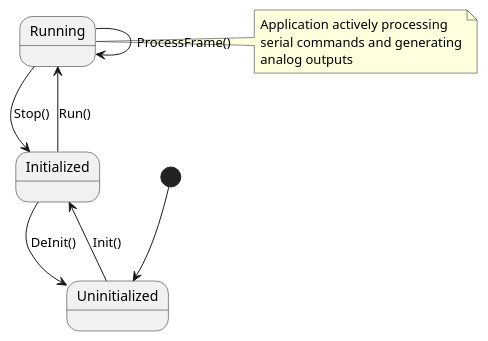
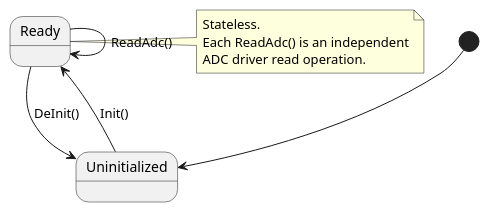
Before and after one commit to LinhTrucVo/Bico_Protocol_Bridge: the diagram in 3_swComp/layer3Application/serialToAnalogApp/2_design/serialToAnalogAppStateMachine.puml, drawn with PlantUML. The commit also changed 87 other files, not shown here.

```diff
--- a/3_swComp/layer3Application/serialToAnalogApp/2_design/serialToAnalogAppStateMachine.puml
+++ b/3_swComp/layer3Application/serialToAnalogApp/2_design/serialToAnalogAppStateMachine.puml
@@ -1,23 +1,17 @@
 @startuml serialToAnalogAppStateMachine
 state Uninitialized
-state Initialized
-state Running
+state Ready
 
 [*] --> Uninitialized
 
-Uninitialized --> Initialized : Init()
+Uninitialized --> Ready : Init()
+Ready --> Uninitialized : DeInit()
 
-Initialized --> Running : Run()
+Ready --> Ready : ReadAdc()
 
-Running --> Running : ProcessFrame()
-
-Running --> Initialized : Stop()
-
-Initialized --> Uninitialized : DeInit()
-
-note right of Running
-  Application actively processing
-  serial commands and generating
-  analog outputs
+note right of Ready
+  Stateless.
+  Each ReadAdc() is an independent
+  ADC driver read operation.
 end note
 @enduml
```
